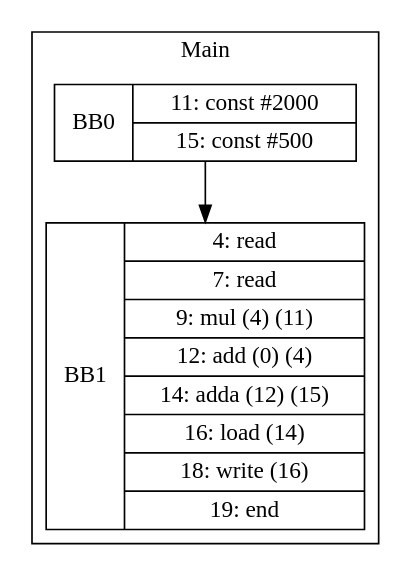
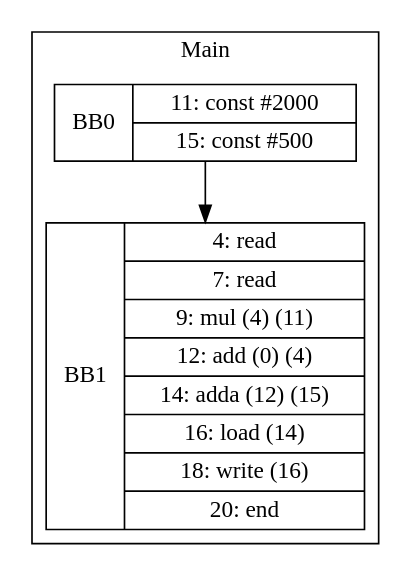
Before and after one commit to zjc664656505/UCI-CS241-Advanced-Compiler-main: the diagram in visualization/phillip/arrays/load.gv, drawn with Graphviz. The commit also changed 55 other files, not shown here.

```diff
--- a/visualization/phillip/arrays/load.gv
+++ b/visualization/phillip/arrays/load.gv
@@ -1,9 +1,9 @@
 digraph G {
 node [shape=record];
 subgraph cluster_main{
 label = "Main";
 BB0 [shape=record, label="<b>BB0|{11: const #2000|15: const #500}"];
-BB1 [shape=record, label="<b>BB1|{4: read|7: read|9: mul (4) (11)|12: add (0) (4)|14: adda (12) (15)|16: load (14)|18: write (16)|19: end}"];
+BB1 [shape=record, label="<b>BB1|{4: read|7: read|9: mul (4) (11)|12: add (0) (4)|14: adda (12) (15)|16: load (14)|18: write (16)|20: end}"];
 }
 BB0:s -> BB1:n ;
 }
```
